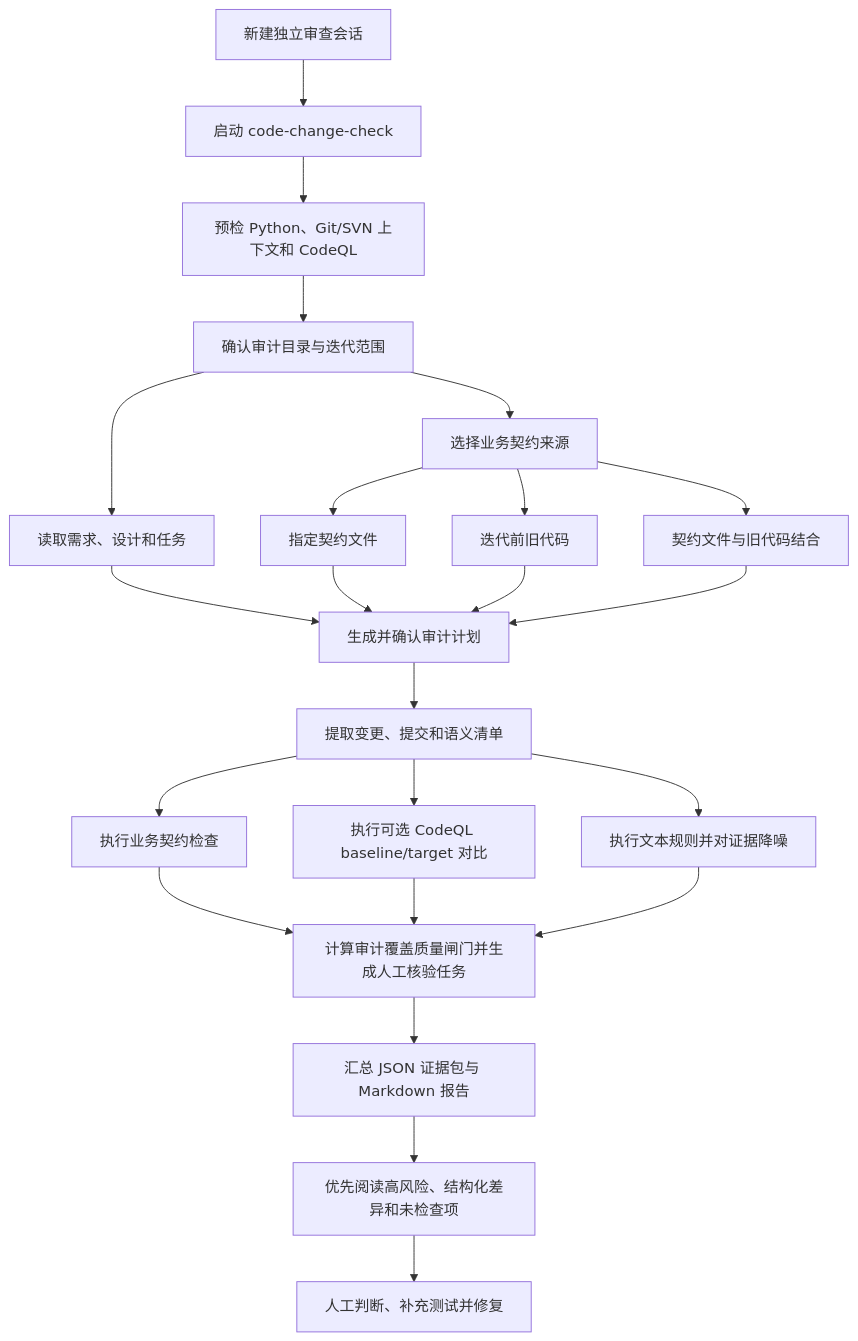
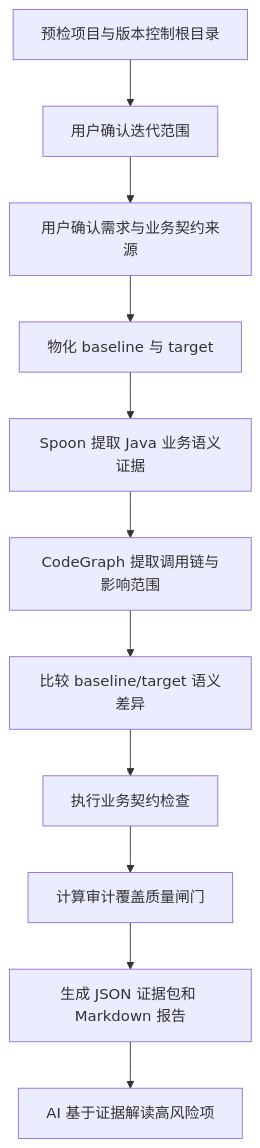
The diagram in README.md (jiaheng6/code-change-check), drawn with Mermaid before and after one commit. The commit also changed other lines of this file and 75 other files, not shown here.

Commit message:
完成 Java 语义分析与调用图能力

````diff
--- a/README.md
+++ b/README.md
@@ -165,25 +88,13 @@
 ```mermaid
 flowchart TD
-    A["新建独立审查会话"] --> B["启动 code-change-check"]
-    B --> C["预检 Python、Git/SVN 上下文和 CodeQL"]
-    C --> D["确认审计目录与迭代范围"]
-    D --> E["读取需求、设计和任务"]
-    D --> F["选择业务契约来源"]
-    F --> F1["指定契约文件"]
-    F --> F2["迭代前旧代码"]
-    F --> F3["契约文件与旧代码结合"]
-    E --> G["生成并确认审计计划"]
-    F1 --> G
-    F2 --> G
-    F3 --> G
-    G --> H["提取变更、提交和语义清单"]
-    H --> I["执行业务契约检查"]
-    H --> J["执行可选 CodeQL baseline/target 对比"]
-    H --> K["执行文本规则并对证据降噪"]
-    I --> L["计算审计覆盖质量闸门并生成人工核验任务"]
-    J --> L
-    K --> L
-    L --> M["汇总 JSON 证据包与 Markdown 报告"]
-    M --> N["优先阅读高风险、结构化差异和未检查项"]
-    N --> O["人工判断、补充测试并修复"]
+    A["预检项目与版本控制根目录"] --> B["用户确认迭代范围"]
+    B --> C["用户确认需求与业务契约来源"]
+    C --> D["物化 baseline 与 target"]
+    D --> E["Spoon 提取 Java 业务语义证据"]
+    E --> F["CodeGraph 提取调用链与影响范围"]
+    F --> G["比较 baseline/target 语义差异"]
+    G --> H["执行业务契约检查"]
+    H --> I["计算审计覆盖质量闸门"]
+    I --> J["生成 JSON 证据包和 Markdown 报告"]
+    J --> K["AI 基于证据解读高风险项"]
 ```
````
